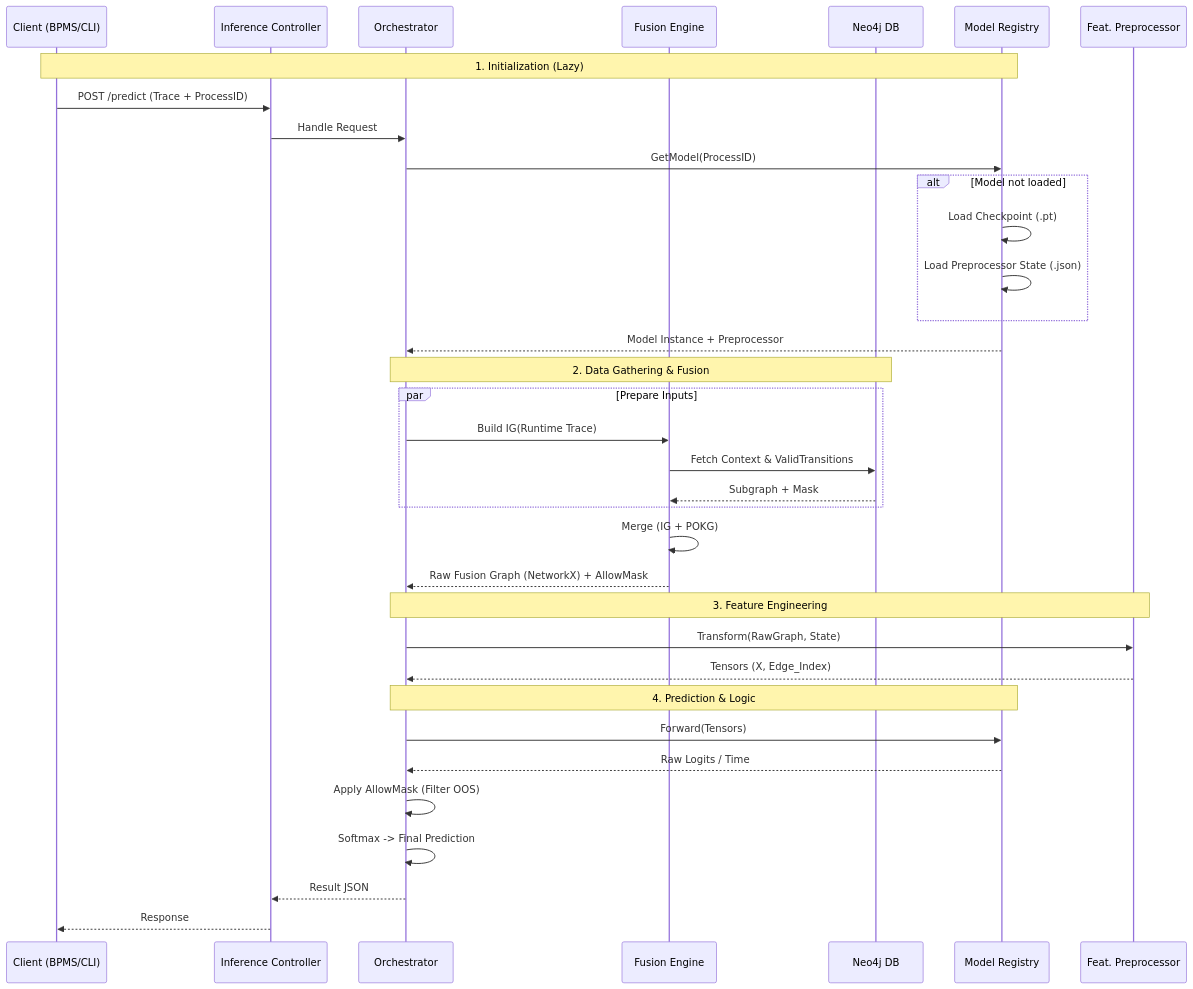
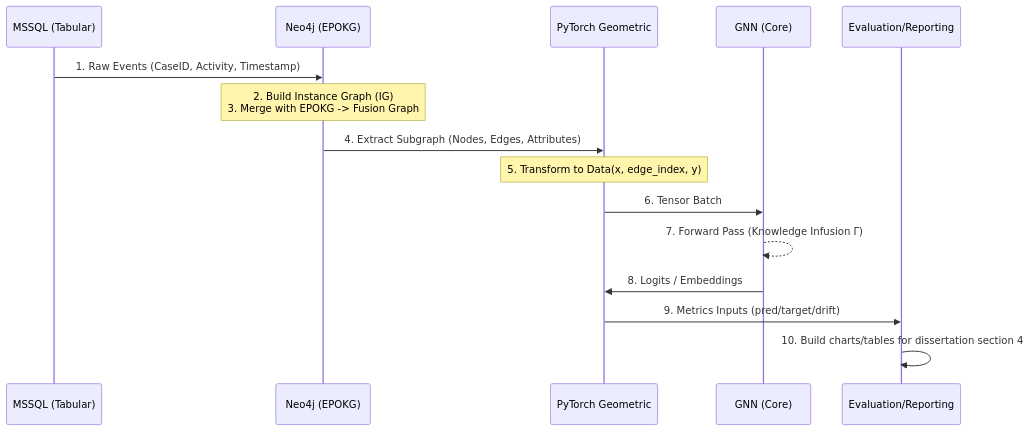
The second of 3 diagrams in ARCHITECTURE.MD (ghsrg/bpm_prediction), drawn with Mermaid before and after one commit. The commit also changed other lines of this file and 4 other files, not shown here.

Commit message:
docs: add mermaid architecture flows and reporting block

````diff
--- a/ARCHITECTURE.MD
+++ b/ARCHITECTURE.MD
@@ -158,45 +246,18 @@
 ```mermaid
 sequenceDiagram
-    participant Client as Client (BPMS/CLI)
-    participant Ctrl as Inference Controller
-    participant Orch as Orchestrator
-    participant Fusion as Fusion Engine
-    participant Neo4j as Neo4j DB
-    participant Reg as Model Registry
-    participant Feat as Feat. Preprocessor
+    participant Log as MSSQL (Tabular)
+    participant Graph as Neo4j (EPOKG)
+    participant PyG as PyTorch Geometric
+    participant Model as GNN (Core)
+    participant Eval as Evaluation/Reporting
 
-    Note over Client, Reg: 1. Initialization (Lazy)
-    Client->>Ctrl: POST /predict (Trace + ProcessID)
-    Ctrl->>Orch: Handle Request
-    
-    Orch->>Reg: GetModel(ProcessID)
-    alt Model not loaded
-        Reg->>Reg: Load Checkpoint (.pt)
-        Reg->>Reg: Load Preprocessor State (.json)
-    end
-    Reg-->>Orch: Model Instance + Preprocessor
-    
-    Note over Orch, Neo4j: 2. Data Gathering & Fusion
-    par Prepare Inputs
-        Orch->>Fusion: Build IG(Runtime Trace)
-        Fusion->>Neo4j: Fetch Context & ValidTransitions
-        Neo4j-->>Fusion: Subgraph + Mask
-    end
-    
-    Fusion->>Fusion: Merge (IG + POKG)
-    Fusion-->>Orch: Raw Fusion Graph (NetworkX) + AllowMask
-    
-    Note over Orch, Feat: 3. Feature Engineering
-    Orch->>Feat: Transform(RawGraph, State)
-    Feat-->>Orch: Tensors (X, Edge_Index)
-    
-    Note over Orch, Reg: 4. Prediction & Logic
-    Orch->>Reg: Forward(Tensors)
-    Reg-->>Orch: Raw Logits / Time
-    
-    Orch->>Orch: Apply AllowMask (Filter OOS)
-    Orch->>Orch: Softmax -> Final Prediction
-    
-    Orch-->>Ctrl: Result JSON
-    Ctrl-->>Client: Response
+    Log->>Graph: 1. Raw Events (CaseID, Activity, Timestamp)
+    Note over Graph: 2. Build Instance Graph (IG)<br/>3. Merge with EPOKG -> Fusion Graph
+    Graph->>PyG: 4. Extract Subgraph (Nodes, Edges, Attributes)
+    Note over PyG: 5. Transform to Data(x, edge_index, y)
+    PyG->>Model: 6. Tensor Batch
+    Model-->>Model: 7. Forward Pass (Knowledge Infusion Γ)
+    Model->>PyG: 8. Logits / Embeddings
+    PyG->>Eval: 9. Metrics Inputs (pred/target/drift)
+    Eval->>Eval: 10. Build charts/tables for dissertation section 4
 ```
````
